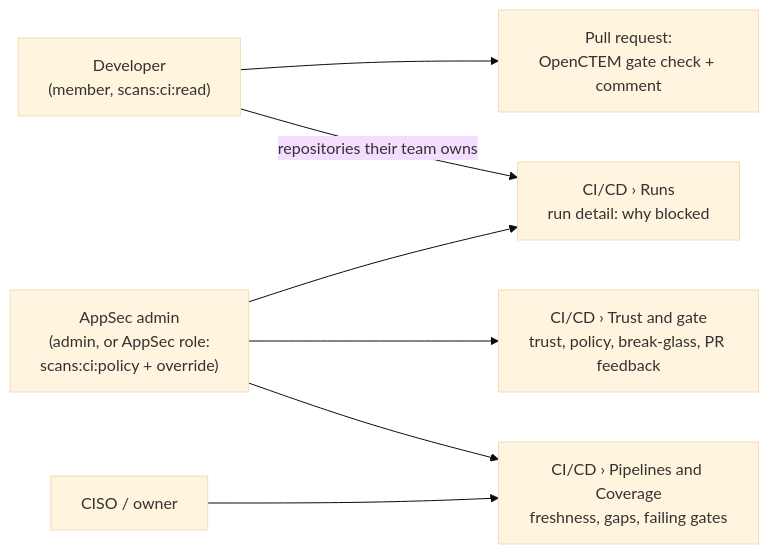
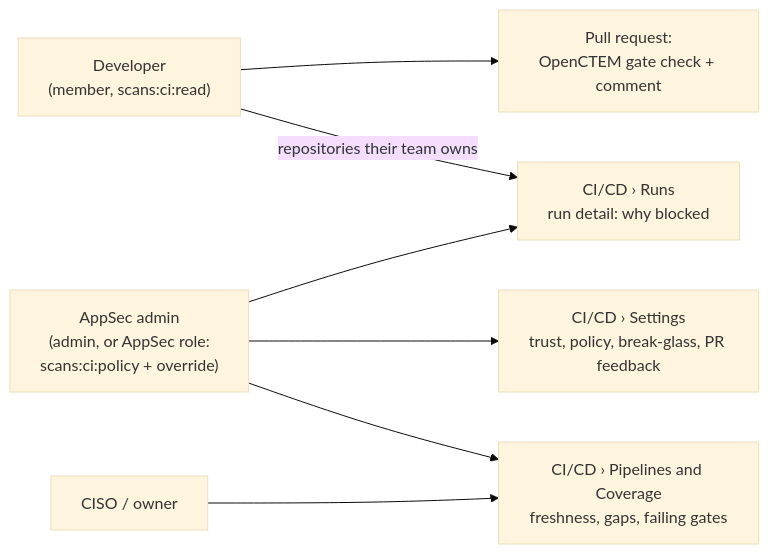
The first of 3 diagrams in scanning/ci-integration.md (openctemio/docs), drawn with Mermaid (base theme) before and after one commit. The commit also changed other lines of this file and 46 other files, not shown here.

````diff
--- a/scanning/ci-integration.md
+++ b/scanning/ci-integration.md
@@ -39,16 +39,16 @@
 ```mermaid
 flowchart LR
   dev["Developer<br/>(member, scans:ci:read)"]
   sec["AppSec admin<br/>(admin, or AppSec role:<br/>scans:ci:policy + override)"]
   ciso["CISO / owner"]
   pr["Pull request:<br/>OpenCTEM gate check + comment"]
   runs["CI/CD › Runs<br/>run detail: why blocked"]
-  setup["CI/CD › Trust and gate<br/>trust, policy, break-glass, PR feedback"]
+  setup["CI/CD › Settings<br/>trust, policy, break-glass, PR feedback"]
   cov["CI/CD › Pipelines and Coverage<br/>freshness, gaps, failing gates"]
   dev --> pr
   dev -->|repositories their team owns| runs
   sec --> setup
   sec --> runs
   sec --> cov
   ciso --> cov
 ```
````
